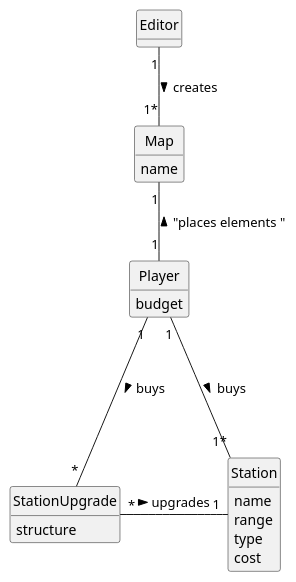
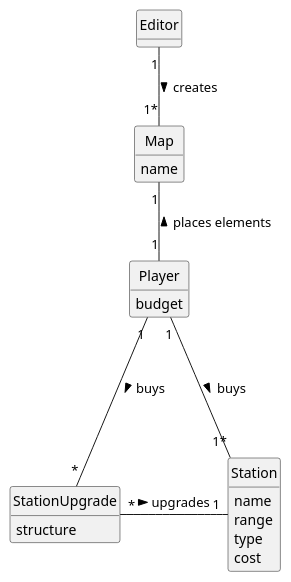
The diagram in docs/system-documentation/US006/02.analysis/puml/US006-DM.puml (1240826/empire-on-tracks), drawn with PlantUML before and after one commit. The commit also changed 3 other files, not shown here.

```diff
--- a/docs/system-documentation/US006/02.analysis/puml/US006-DM.puml
+++ b/docs/system-documentation/US006/02.analysis/puml/US006-DM.puml
@@ -1,48 +1,48 @@
 @startuml
 skinparam monochrome true
 skinparam packageStyle rectangle
 skinparam shadowing false
 
 'left to right direction
 
 skinparam classAttributeIconSize 0
 
 hide circle
 hide methods
 
 'title Domain Model
 
 class Editor {
 }
 
 class Map {
     name
 }
 class Player {
 budget
 }
 
 class Station {
     name
     range
     type
     cost
 }
 
 class StationUpgrade{
       structure
 }
 
 Editor "1" -down- "1*" Map : creates >
 
 Player "1" --right- "1*" Station : buys >
 
-Player "1" -up- "1" Map : "places elements " >
+Player "1" -up- "1" Map : places elements  >
 
 Player "1"---"*" StationUpgrade: buys >
 
 Station "1" -left- "*" StationUpgrade : upgrades <
 
 
 
 @enduml
```
